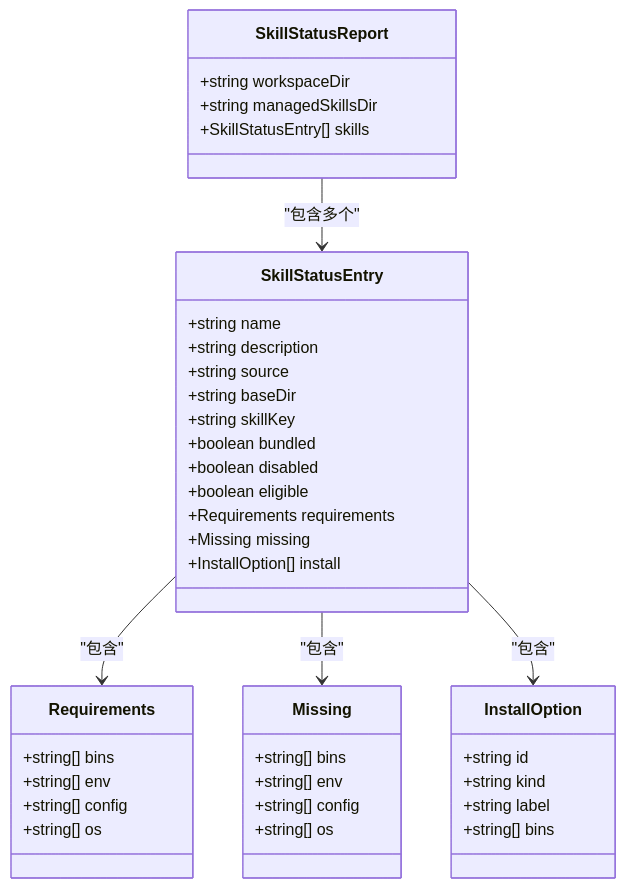
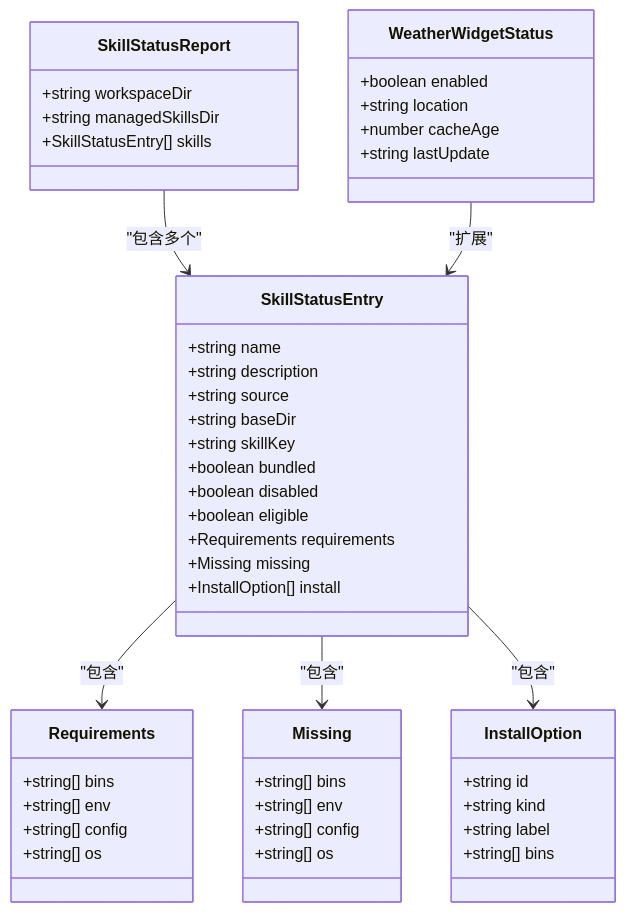
Before and after one commit to verse-ai-org/openclaw: the third of 9 diagrams in .qoder/repowiki/zh/content/代理管理系统/技能配置系统增强.md, drawn with Mermaid. The commit also changed other lines of this file and 39 other files, not shown here.

````diff
--- a/.qoder/repowiki/zh/content/代理管理系统/技能配置系统增强.md
+++ b/.qoder/repowiki/zh/content/代理管理系统/技能配置系统增强.md
@@ -148,43 +177,50 @@
 ```mermaid
 classDiagram
 class SkillStatusEntry {
 +string name
 +string description
 +string source
 +string baseDir
 +string skillKey
 +boolean bundled
 +boolean disabled
 +boolean eligible
 +Requirements requirements
 +Missing missing
 +InstallOption[] install
 }
 class Requirements {
 +string[] bins
 +string[] env
 +string[] config
 +string[] os
 }
 class Missing {
 +string[] bins
 +string[] env
 +string[] config
 +string[] os
 }
 class InstallOption {
 +string id
 +string kind
 +string label
 +string[] bins
 }
 class SkillStatusReport {
 +string workspaceDir
 +string managedSkillsDir
 +SkillStatusEntry[] skills
 }
+class WeatherWidgetStatus {
++boolean enabled
++string location
++number cacheAge
++string lastUpdate
+}
 SkillStatusEntry --> Requirements : "包含"
 SkillStatusEntry --> Missing : "包含"
 SkillStatusEntry --> InstallOption : "包含"
 SkillStatusReport --> SkillStatusEntry : "包含多个"
+WeatherWidgetStatus --> SkillStatusEntry : "扩展"
 ```
````
